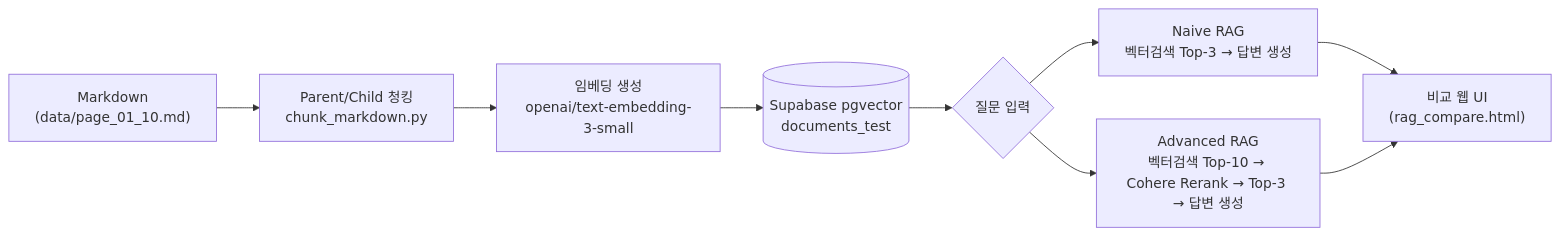
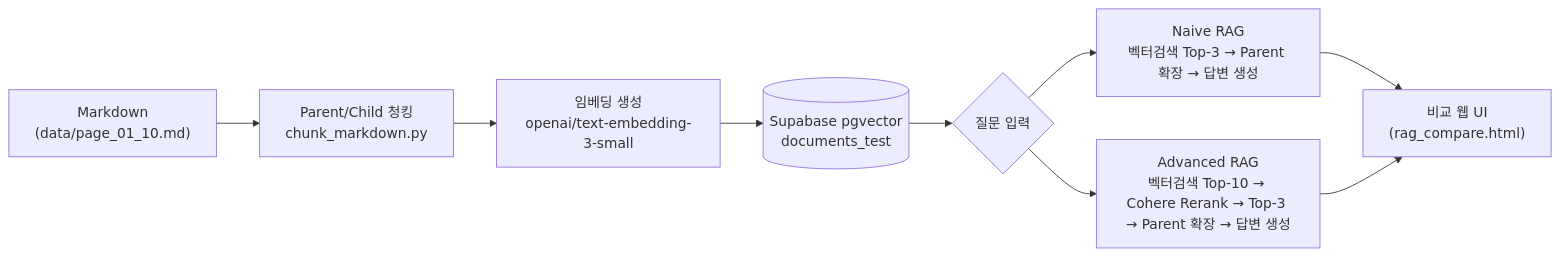
One commit to youjin8812-hub/seoul-rag-compare changed the diagram in README.md. Above: the diagram before and after it, drawn with Mermaid. The commit also changed other lines of this file and 3 other files, not shown here.

````diff
--- a/README.md
+++ b/README.md
@@ -27,11 +27,11 @@
 ```mermaid
 flowchart LR
     A["Markdown\n(data/page_01_10.md)"] --> B["Parent/Child 청킹\nchunk_markdown.py"]
     B --> C["임베딩 생성\nopenai/text-embedding-3-small"]
     C --> D[("Supabase pgvector\ndocuments_test")]
     D --> E{"질문 입력"}
-    E --> F["Naive RAG\n벡터검색 Top-3 → 답변 생성"]
-    E --> G["Advanced RAG\n벡터검색 Top-10 → Cohere Rerank → Top-3 → 답변 생성"]
+    E --> F["Naive RAG\n벡터검색 Top-3 → Parent 확장 → 답변 생성"]
+    E --> G["Advanced RAG\n벡터검색 Top-10 → Cohere Rerank → Top-3 → Parent 확장 → 답변 생성"]
     F --> H["비교 웹 UI\n(rag_compare.html)"]
     G --> H
 ```
````
